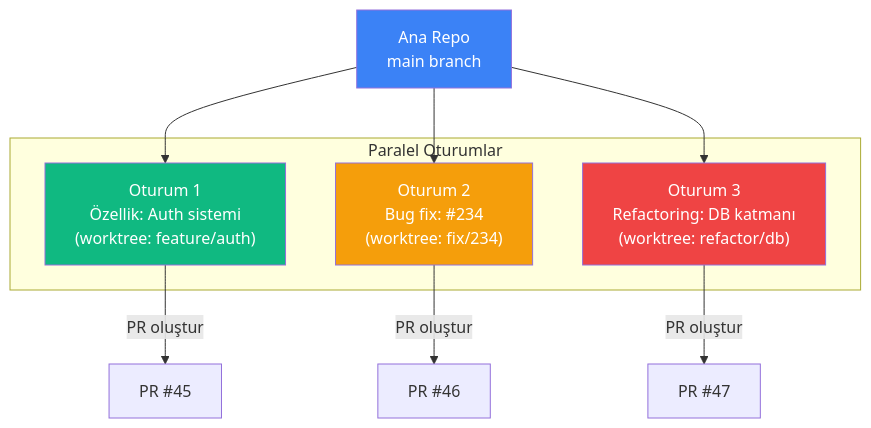
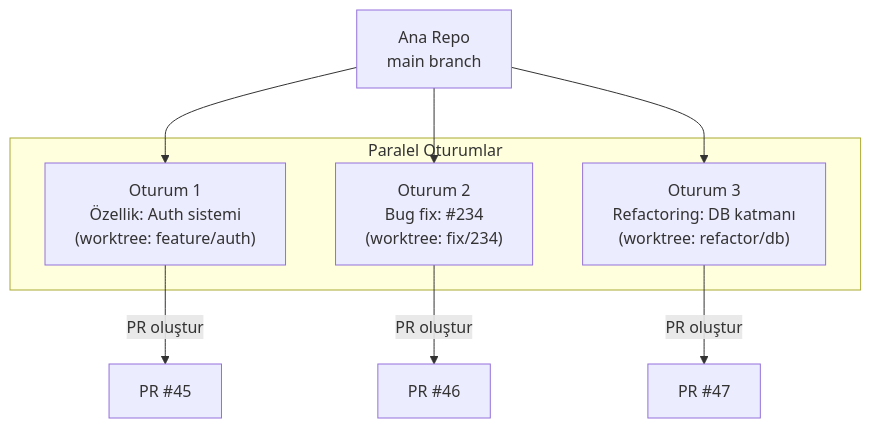
One commit to IzzetYasinAtes/ClaudeCodeHandbook changed the third of 8 diagrams in 15-entegrasyonlar/04-masaustu-uygulamasi.md. Above: the diagram before and after it, drawn with Mermaid. The commit also changed other lines of this file and 97 other files, not shown here.

Commit message:
Remove all custom Mermaid style/fill colors from 98 markdown files for consistent dark theme rendering

````diff
--- a/15-entegrasyonlar/04-masaustu-uygulamasi.md
+++ b/15-entegrasyonlar/04-masaustu-uygulamasi.md
@@ -67,23 +64,19 @@
 ```mermaid
 flowchart TB
     REPO["Ana Repo<br/>main branch"]
 
     subgraph sessions ["Paralel Oturumlar"]
         S1["Oturum 1<br/>Özellik: Auth sistemi<br/>(worktree: feature/auth)"]
         S2["Oturum 2<br/>Bug fix: #234<br/>(worktree: fix/234)"]
         S3["Oturum 3<br/>Refactoring: DB katmanı<br/>(worktree: refactor/db)"]
     end
 
     REPO --> S1
     REPO --> S2
     REPO --> S3
 
     S1 -->|"PR oluştur"| PR1["PR #45"]
     S2 -->|"PR oluştur"| PR2["PR #46"]
     S3 -->|"PR oluştur"| PR3["PR #47"]
 
-    style REPO fill:#3B82F6,color:#fff
-    style S1 fill:#10B981,color:#fff
-    style S2 fill:#F59E0B,color:#fff
-    style S3 fill:#EF4444,color:#fff
 ```
````
